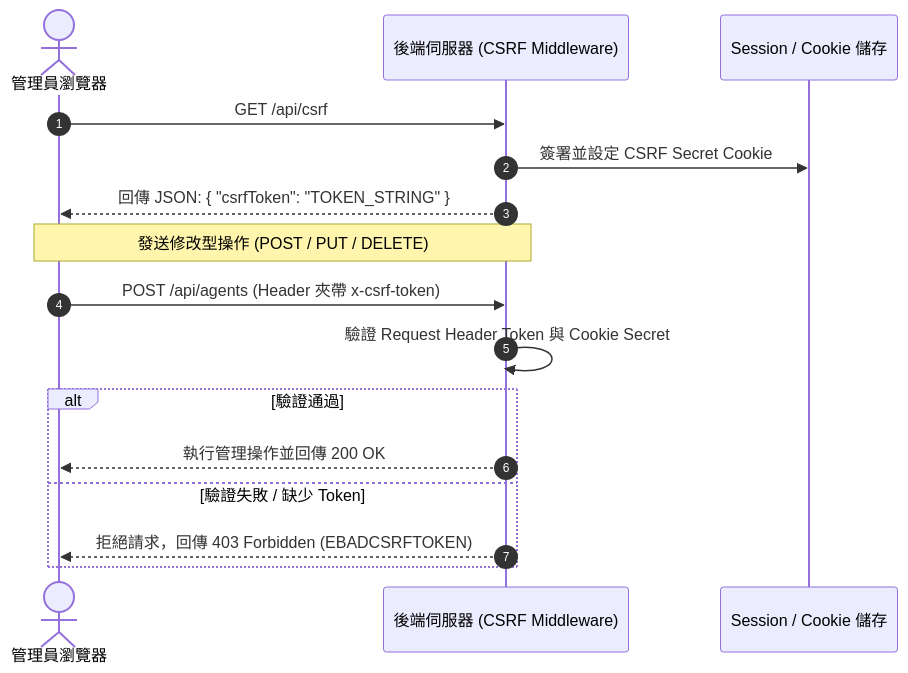
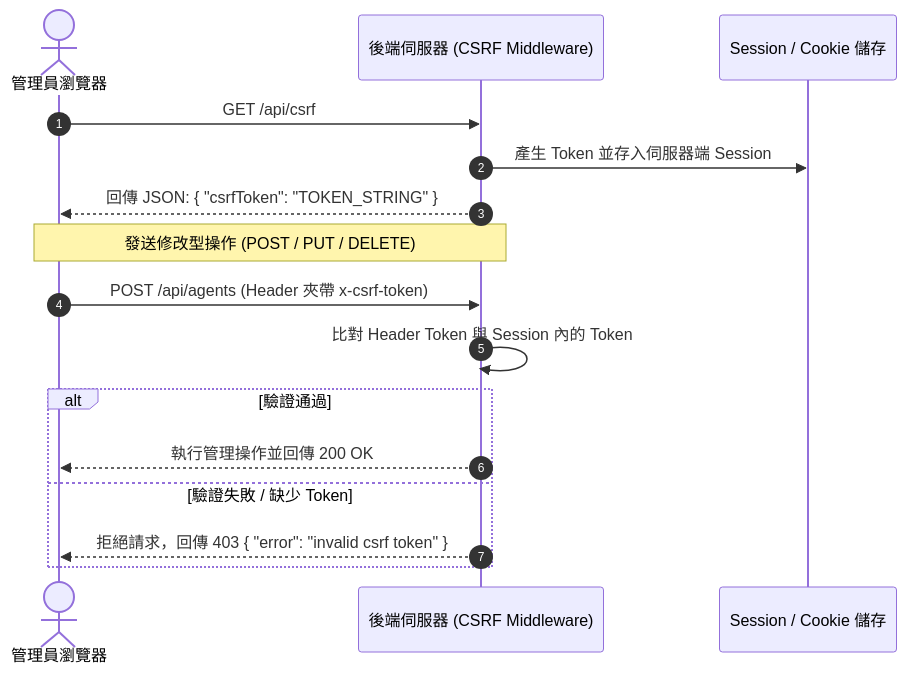
The second of 2 diagrams in README.md (Scorpio-meow/CallMiao), drawn with Mermaid before and after one commit. The commit also changed other lines of this file and 25 other files, not shown here.

````diff
--- a/README.md
+++ b/README.md
@@ -73,20 +73,20 @@
 ```mermaid
 sequenceDiagram
     autonumber
     actor Admin as 管理員瀏覽器
     participant Server as 後端伺服器 (CSRF Middleware)
     participant Session as Session / Cookie 儲存
 
     Admin->>Server: GET /api/csrf
-    Server->>Session: 簽署並設定 CSRF Secret Cookie
+    Server->>Session: 產生 Token 並存入伺服器端 Session
     Server-->>Admin: 回傳 JSON: { "csrfToken": "TOKEN_STRING" }
     
     Note over Admin,Server: 發送修改型操作 (POST / PUT / DELETE)
     Admin->>Server: POST /api/agents (Header 夾帶 x-csrf-token)
-    Server->>Server: 驗證 Request Header Token 與 Cookie Secret
+    Server->>Server: 比對 Header Token 與 Session 內的 Token
     alt 驗證通過
         Server-->>Admin: 執行管理操作並回傳 200 OK
     else 驗證失敗 / 缺少 Token
-        Server-->>Admin: 拒絕請求，回傳 403 Forbidden (EBADCSRFTOKEN)
+        Server-->>Admin: 拒絕請求，回傳 403 { "error": "invalid csrf token" }
     end
 ```
````
